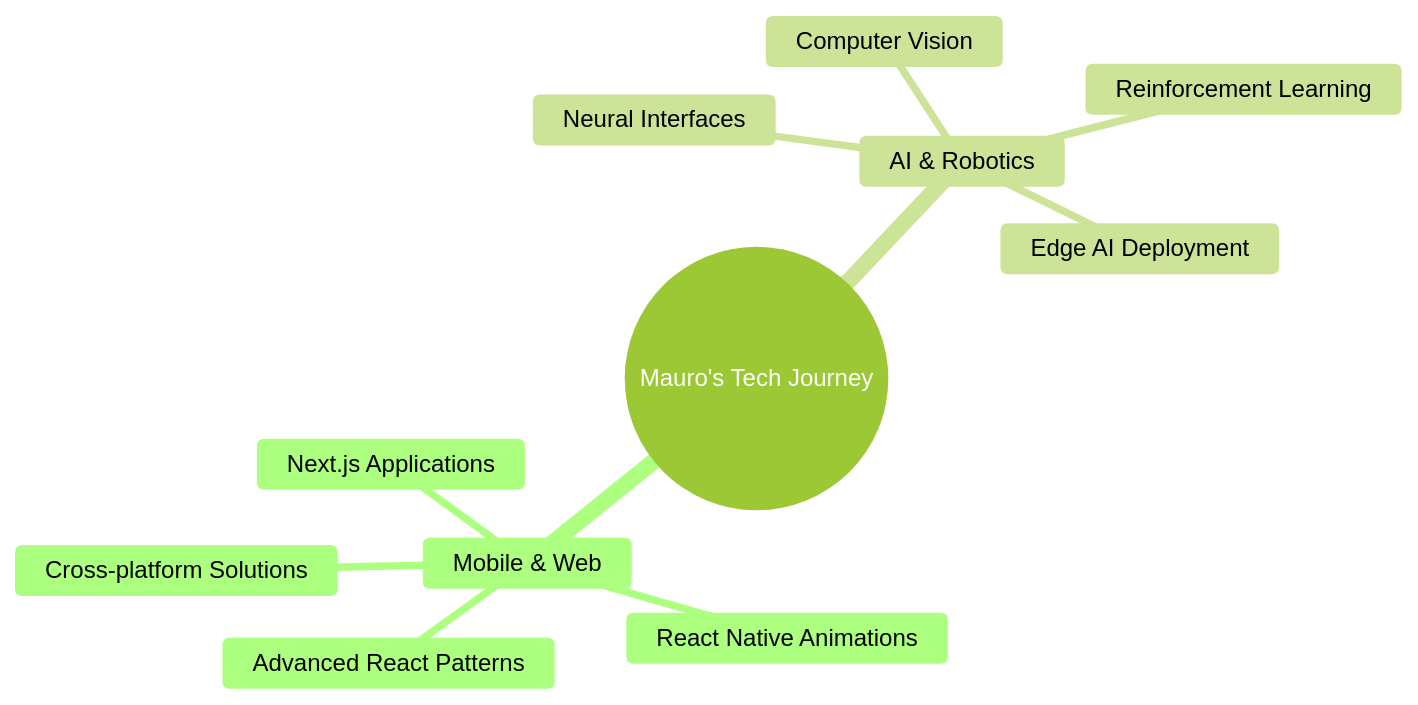
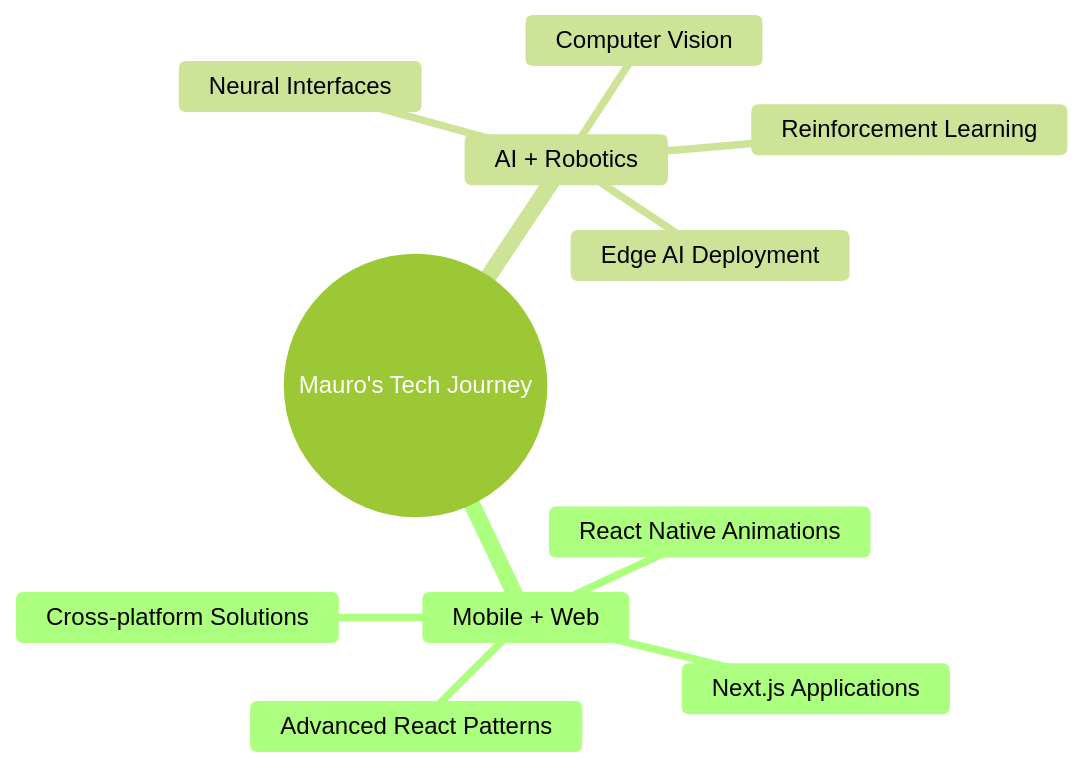
One commit to Valentine8342/Valentine8342 changed the diagram in README.md. Above: the diagram before and after it, drawn with Mermaid (forest theme).

````diff
--- a/README.md
+++ b/README.md
@@ -120,14 +120,14 @@
   ```mermaid
   mindmap
     root((Mauro's Tech Journey))
-      Mobile & Web
+      Mobile + Web
         Advanced React Patterns
         React Native Animations
         Cross-platform Solutions
         Next.js Applications
-      AI & Robotics
+      AI + Robotics
         Neural Interfaces
         Computer Vision
         Reinforcement Learning
         Edge AI Deployment
   ```
````
